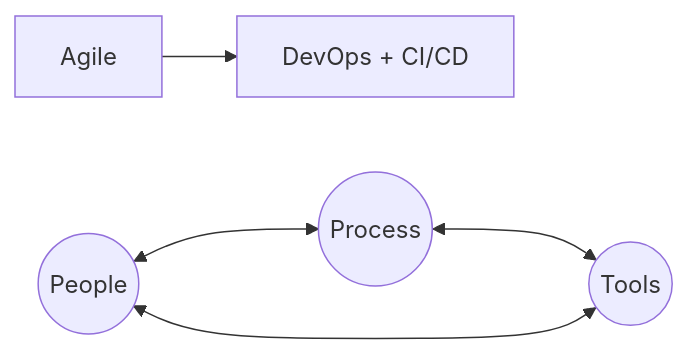
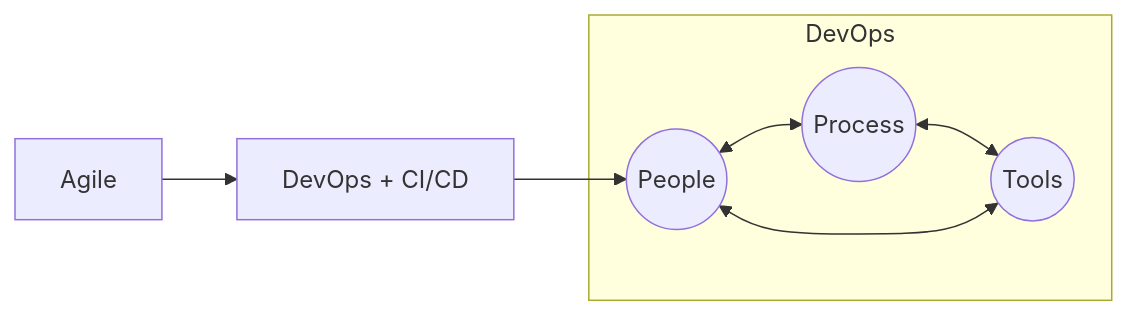
The diagram in README.md (techave-jp/Agile-DevOps), drawn with Mermaid before and after one commit.

Commit message:
Refined DevOps diagram with subgraph

````diff
--- a/README.md
+++ b/README.md
@@ -7,10 +7,13 @@
 ```mermaid
 flowchart LR
-    Agile[Agile]
-    DevOps[DevOps + CI/CD]
-    Agile --> DevOps
+  Agile[Agile]
+  DevOps[DevOps + CI/CD]
+  Agile --> DevOps
+  DevOps --> people
+  subgraph DevOps 
     people((People))
     process((Process))
     tools((Tools))
     people <--> process <--> tools <--> people
+  end
 ```
````
